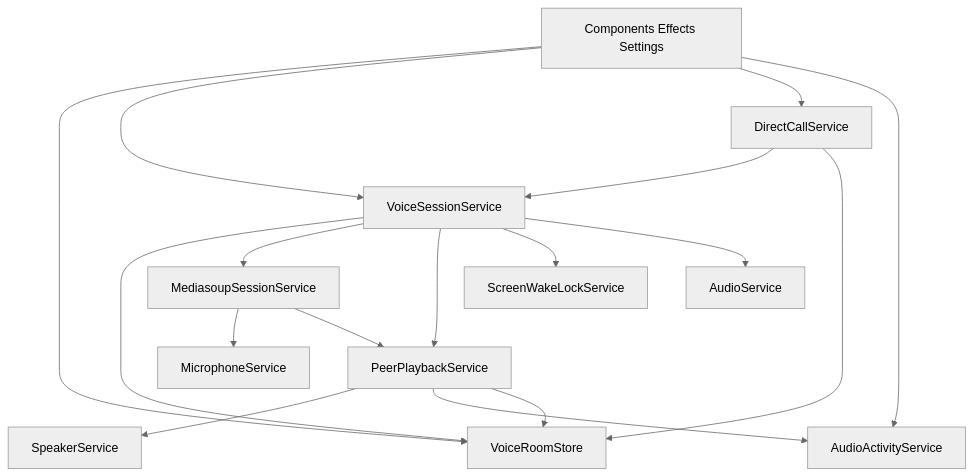
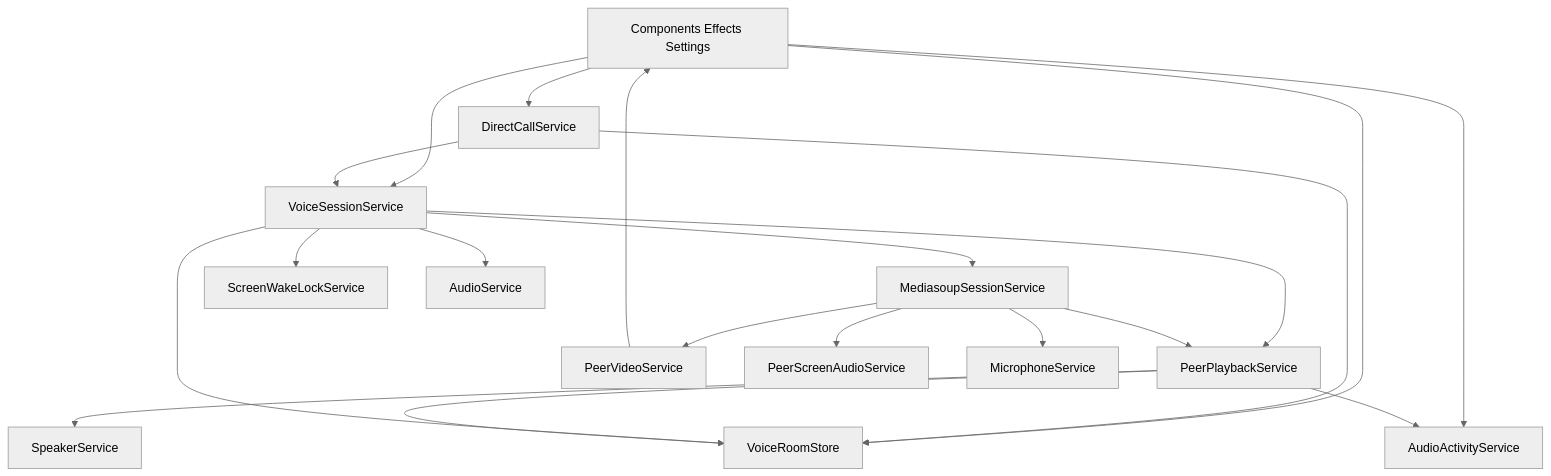
Before and after one commit to Quenary/konvoez: the diagram in docs/frontend/VOICE.md, drawn with Mermaid (neutral theme). The commit also changed other lines of this file and 2 other files, not shown here.

````diff
--- a/docs/frontend/VOICE.md
+++ b/docs/frontend/VOICE.md
@@ -9,31 +9,36 @@
 ```mermaid
 flowchart TB
   UI[Components Effects Settings]
   Store[VoiceRoomStore]
   Session[VoiceSessionService]
   Ms[MediasoupSessionService]
   Play[PeerPlaybackService]
+  Video[PeerVideoService]
+  ScrAud[PeerScreenAudioService]
   Wake[ScreenWakeLockService]
   DC[DirectCallService]
   Mic[MicrophoneService]
   Spk[SpeakerService]
   Act[AudioActivityService]
   Sfx[AudioService]
 
   UI --> Store
   UI --> Session
   UI --> DC
   UI --> Act
   DC --> Session
   DC --> Store
   Session --> Store
   Session --> Ms
   Session --> Play
   Session --> Wake
   Session --> Sfx
   Ms --> Mic
   Ms --> Play
+  Ms --> Video
+  Ms --> ScrAud
   Play --> Spk
   Play --> Act
   Play --> Store
+  Video --> UI
 ```
````
